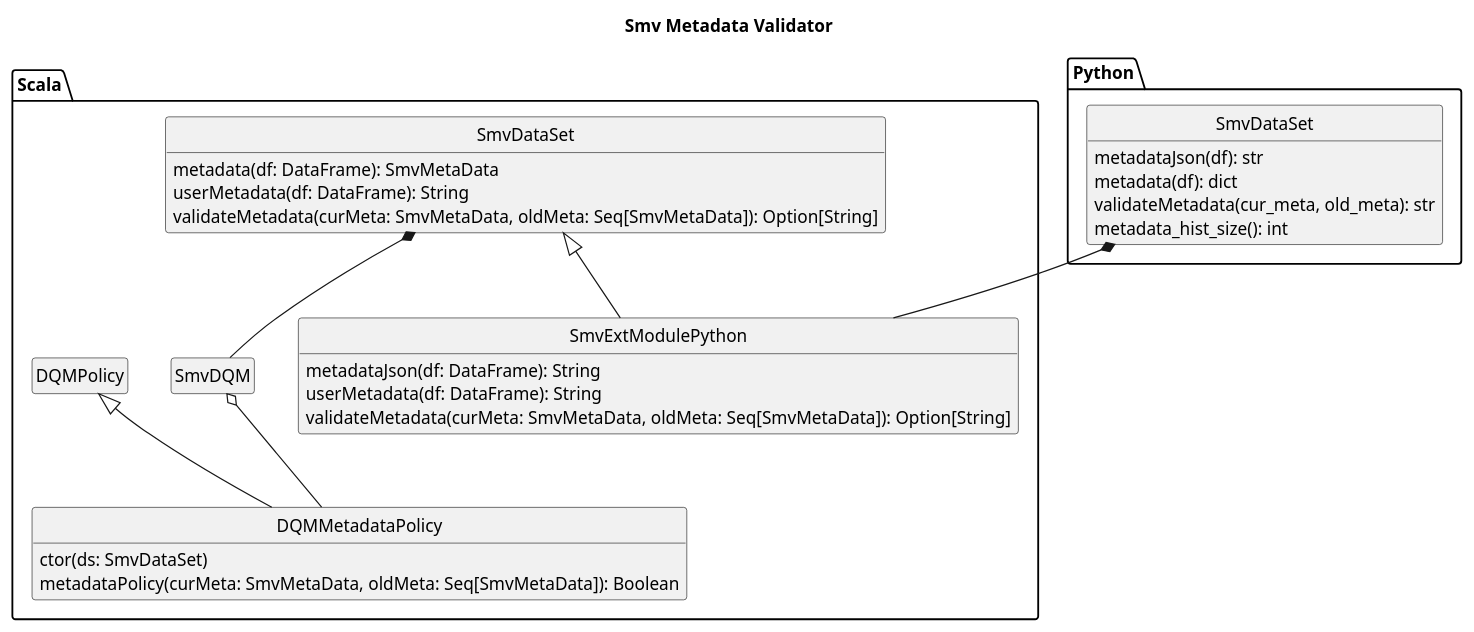
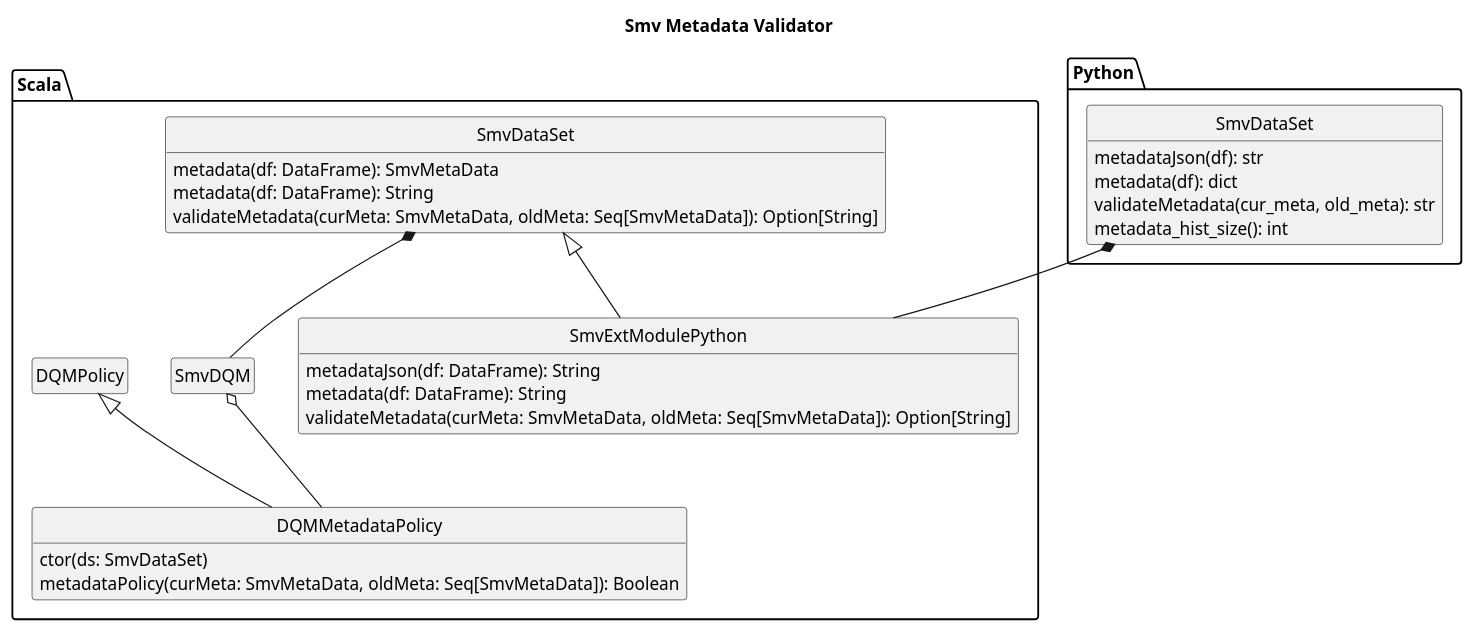
Before and after one commit to TresAmigosSD/SMV: the diagram in docs/dev/Validator/validator_cls.puml, drawn with PlantUML. The commit also changed 5 other files, not shown here.

Commit message:
rename userMetadata method to metadata (#1000)

```diff
--- a/docs/dev/Validator/validator_cls.puml
+++ b/docs/dev/Validator/validator_cls.puml
@@ -1,41 +1,41 @@
 @startuml
 
 title Smv Metadata Validator
 
 hide empty methods
 hide empty fields
 hide circle
 
 package Scala {
   class Scala.SmvDataSet {
     metadata(df: DataFrame): SmvMetaData
-    userMetadata(df: DataFrame): String
+    metadata(df: DataFrame): String
     validateMetadata(curMeta: SmvMetaData, oldMeta: Seq[SmvMetaData]): Option[String]
   }
 
   class SmvExtModulePython extends Scala.SmvDataSet {
     metadataJson(df: DataFrame): String
-    userMetadata(df: DataFrame): String
+    metadata(df: DataFrame): String
     validateMetadata(curMeta: SmvMetaData, oldMeta: Seq[SmvMetaData]): Option[String]
   }
 
   class DQMMetadataPolicy extends DQMPolicy {
     ctor(ds: SmvDataSet)
     metadataPolicy(curMeta: SmvMetaData, oldMeta: Seq[SmvMetaData]): Boolean
   }
 
   Scala.SmvDataSet *-- SmvDQM
   SmvDQM o-- DQMMetadataPolicy
 }
 
 package Python {
   class Python.SmvDataSet {
     metadataJson(df): str
     metadata(df): dict
     validateMetadata(cur_meta, old_meta): str
     metadata_hist_size(): int
   }
   Python.SmvDataSet *-- SmvExtModulePython
 }
 
 @enduml
```
